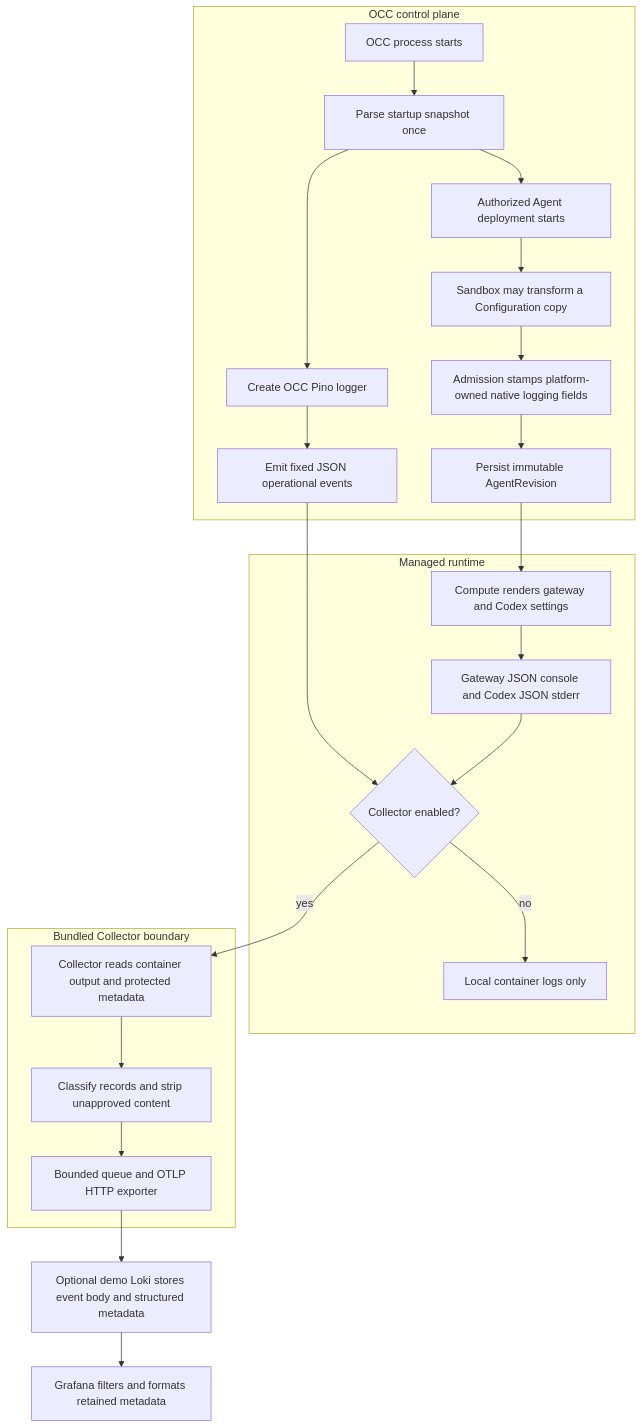
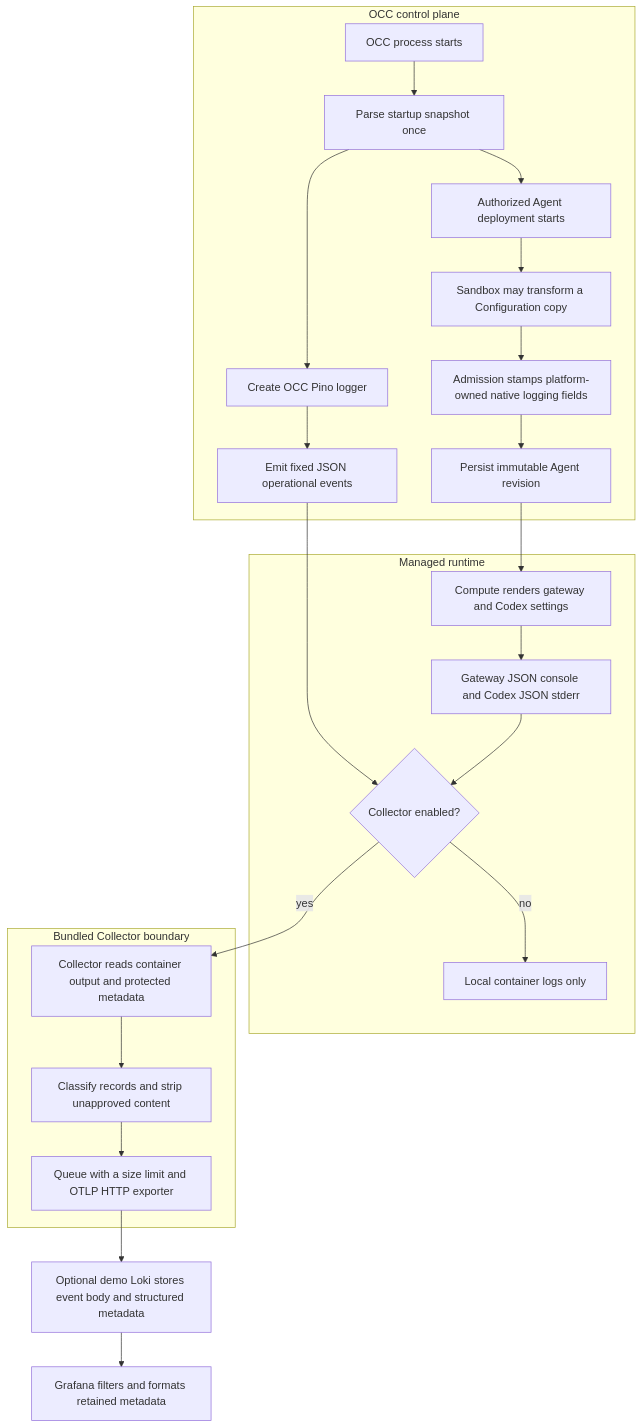
One commit to openclaw/openclaw-enterprise changed the diagram in docs/flows/common-logging.md. Above: the diagram before and after it, drawn with Mermaid. The commit also changed other lines of this file and 198 other files, not shown here.

````diff
--- a/docs/flows/common-logging.md
+++ b/docs/flows/common-logging.md
@@ -29,28 +29,28 @@
 ```mermaid
 graph TD
   subgraph OCC["OCC control plane"]
     A["OCC process starts"] --> B["Parse startup snapshot once"]
     B --> C["Create OCC Pino logger"]
     C --> D["Emit fixed JSON operational events"]
     B --> E["Authorized Agent deployment starts"]
     E --> F["Sandbox may transform a Configuration copy"]
     F --> G["Admission stamps platform-owned native logging fields"]
-    G --> H["Persist immutable AgentRevision"]
+    G --> H["Persist immutable Agent revision"]
   end
 
   subgraph Runtime["Managed runtime"]
     H --> I["Compute renders gateway and Codex settings"]
     I --> J["Gateway JSON console and Codex JSON stderr"]
     K -->|"no"| L["Local container logs only"]
   end
 
   subgraph Collector["Bundled Collector boundary"]
     D --> K{"Collector enabled?"}
     J --> K
     K -->|"yes"| M["Collector reads container output and protected metadata"]
     M --> N["Classify records and strip unapproved content"]
-    N --> O["Bounded queue and OTLP HTTP exporter"]
+    N --> O["Queue with a size limit and OTLP HTTP exporter"]
   end
   O --> P["Optional demo Loki stores event body and structured metadata"]
   P --> Q["Grafana filters and formats retained metadata"]
 ```
````
